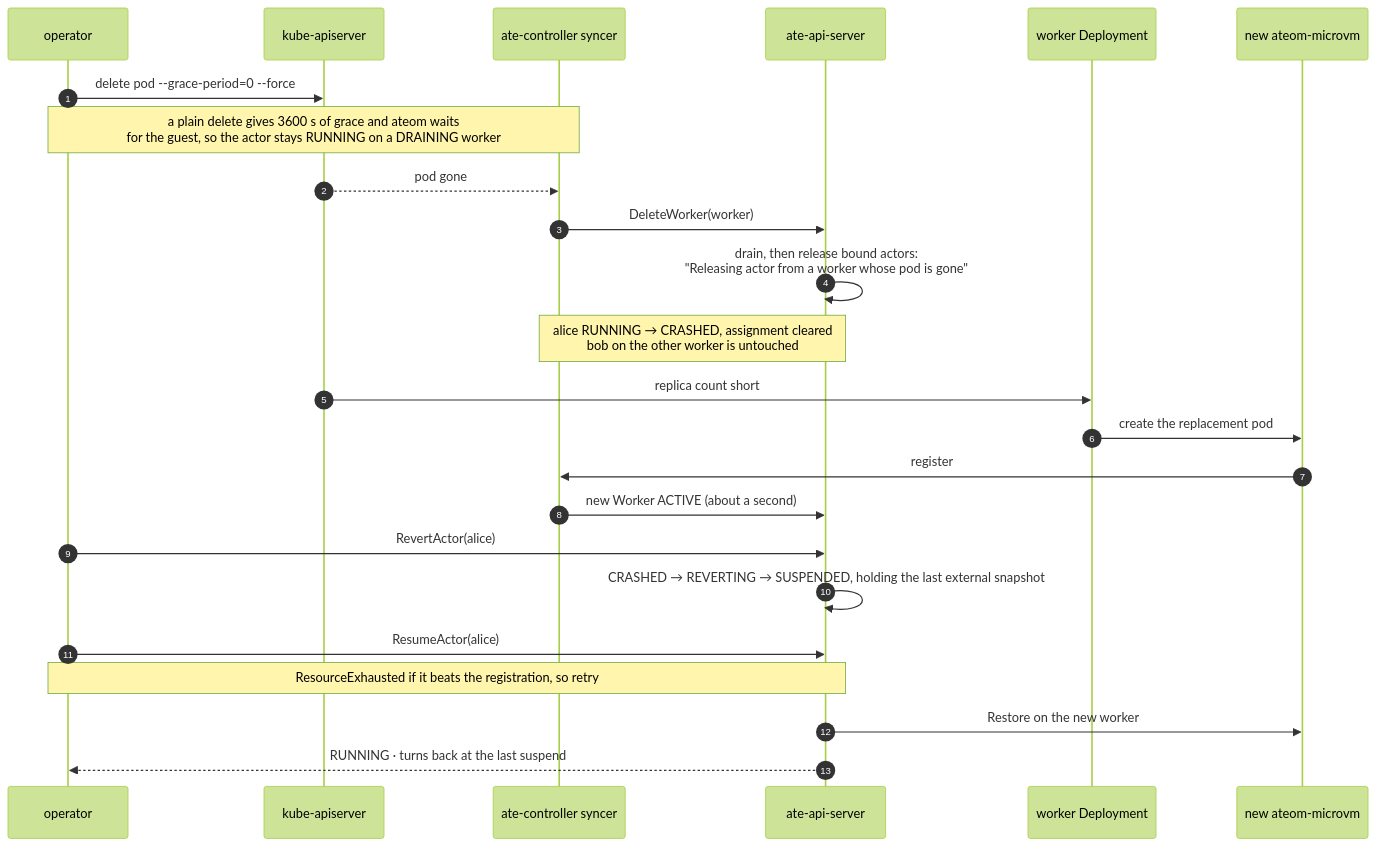
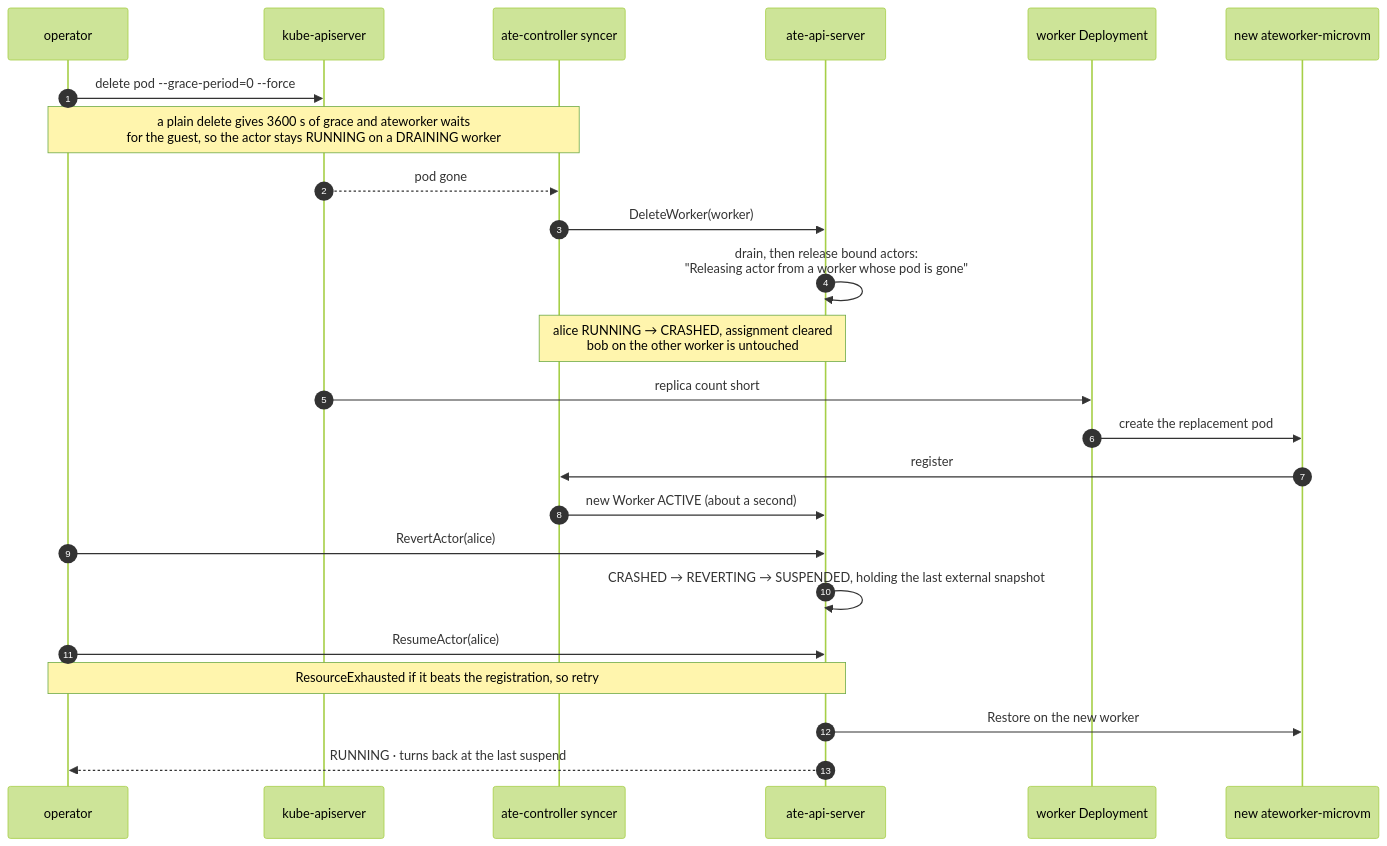
One commit to dims/openshell-driver-substrate changed the seventh of 8 diagrams in docs/architecture.md. Above: the diagram before and after it, drawn with Mermaid (forest theme). The commit also changed other lines of this file and 4 other files, not shown here.

````diff
--- a/docs/architecture.md
+++ b/docs/architecture.md
@@ -470,27 +492,27 @@
 ```mermaid
 sequenceDiagram
   autonumber
   participant OP as operator
   participant K8S as kube-apiserver
   participant CTL as ate-controller syncer
   participant API as ate-api-server
   participant DEP as worker Deployment
-  participant AM as new ateom-microvm
+  participant AM as new ateworker-microvm
 
   OP->>K8S: delete pod --grace-period=0 --force
-  Note over OP,CTL: a plain delete gives 3600 s of grace and ateom waits<br/>for the guest, so the actor stays RUNNING on a DRAINING worker
+  Note over OP,CTL: a plain delete gives 3600 s of grace and ateworker waits<br/>for the guest, so the actor stays RUNNING on a DRAINING worker
   K8S-->>CTL: pod gone
   CTL->>API: DeleteWorker(worker)
   API->>API: drain, then release bound actors:<br/>"Releasing actor from a worker whose pod is gone"
   Note over CTL,API: alice RUNNING → CRASHED, assignment cleared<br/>bob on the other worker is untouched
   K8S->>DEP: replica count short
   DEP->>AM: create the replacement pod
   AM->>CTL: register
   CTL->>API: new Worker ACTIVE (about a second)
   OP->>API: RevertActor(alice)
   API->>API: CRASHED → REVERTING → SUSPENDED, holding the last external snapshot
   OP->>API: ResumeActor(alice)
   Note over OP,API: ResourceExhausted if it beats the registration, so retry
   API->>AM: Restore on the new worker
   API-->>OP: RUNNING · turns back at the last suspend
 ```
````
